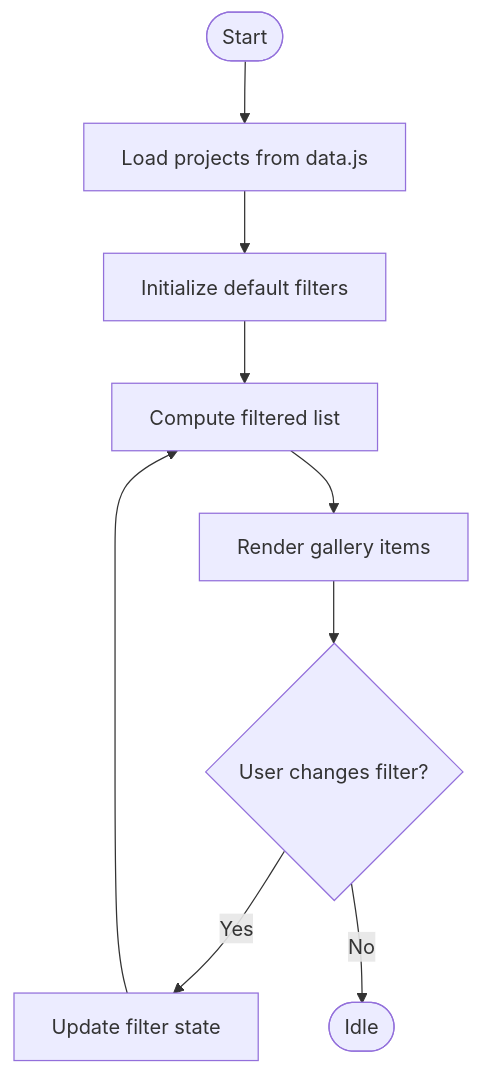
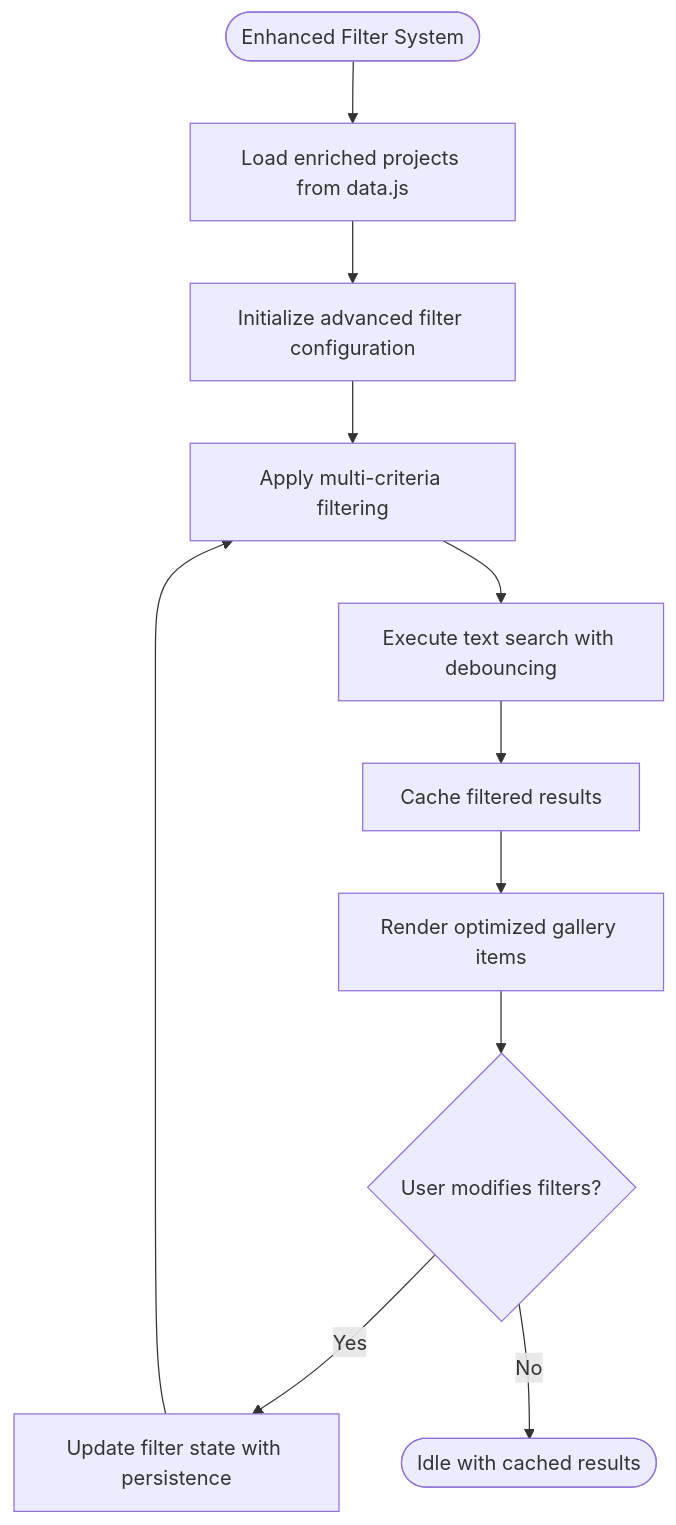
One commit to Theja4/podiummomentum changed the third of 4 diagrams in .qoder/repowiki/en/content/Component Architecture/Landing Page Components/Gallery Components.md. Above: the diagram before and after it, drawn with Mermaid. The commit also changed other lines of this file and 24 other files, not shown here.

````diff
--- a/.qoder/repowiki/en/content/Component Architecture/Landing Page Components/Gallery Components.md
+++ b/.qoder/repowiki/en/content/Component Architecture/Landing Page Components/Gallery Components.md
@@ -170,11 +219,13 @@
 ```mermaid
 flowchart TD
-Start(["Start"]) --> LoadData["Load projects from data.js"]
-LoadData --> InitFilters["Initialize default filters"]
-InitFilters --> Compute["Compute filtered list"]
-Compute --> Render["Render gallery items"]
-Render --> UserAction{"User changes filter?"}
-UserAction --> |Yes| UpdateState["Update filter state"]
-UpdateState --> Compute
-UserAction --> |No| End(["Idle"])
+Start(["Enhanced Filter System"]) --> LoadData["Load enriched projects from data.js"]
+LoadData --> InitFilters["Initialize advanced filter configuration"]
+InitFilters --> MultiFilter["Apply multi-criteria filtering"]
+MultiFilter --> Search["Execute text search with debouncing"]
+Search --> Cache["Cache filtered results"]
+Cache --> Render["Render optimized gallery items"]
+Render --> UserAction{"User modifies filters?"}
+UserAction --> |Yes| UpdateState["Update filter state with persistence"]
+UpdateState --> MultiFilter
+UserAction --> |No| End(["Idle with cached results"])
 ```
````
